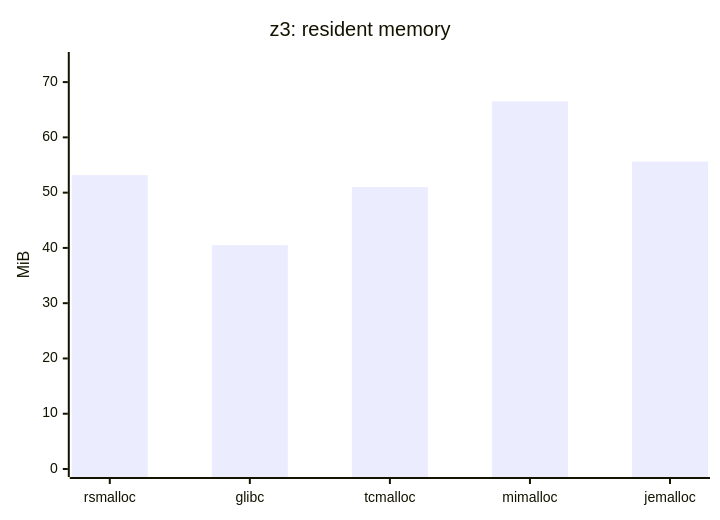
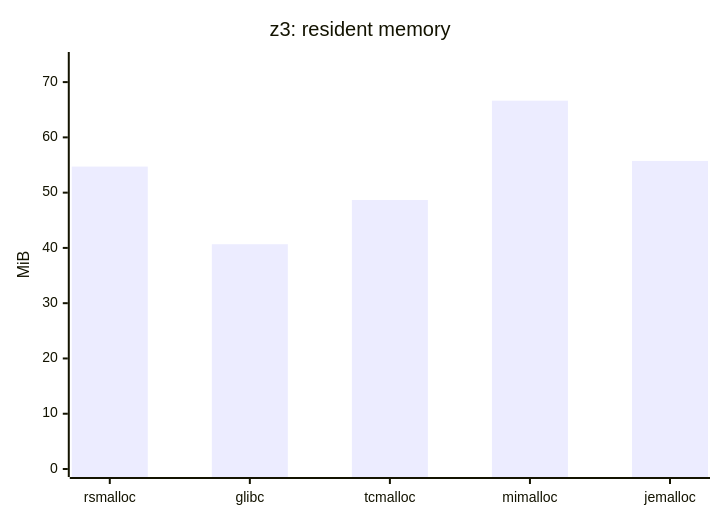
One commit to Metehan120/rsmalloc changed diagram 42 of 42 in benchmarks/benchmarks_detailed.md. Above: the diagram before and after it, drawn with Mermaid. The commit also changed other lines of this file and 3 other files, not shown here.

````diff
--- a/benchmarks/benchmarks_detailed.md
+++ b/benchmarks/benchmarks_detailed.md
@@ -676,7 +646,7 @@
 ```mermaid
 xychart-beta
     title "z3: resident memory"
     x-axis [rsmalloc, glibc, tcmalloc, mimalloc, jemalloc]
     y-axis "MiB" 0 --> 74
-    bar [53.168, 40.508, 51.023, 66.516, 55.617]
+    bar [54.717, 40.67, 48.662, 66.643, 55.738]
 ```
````
